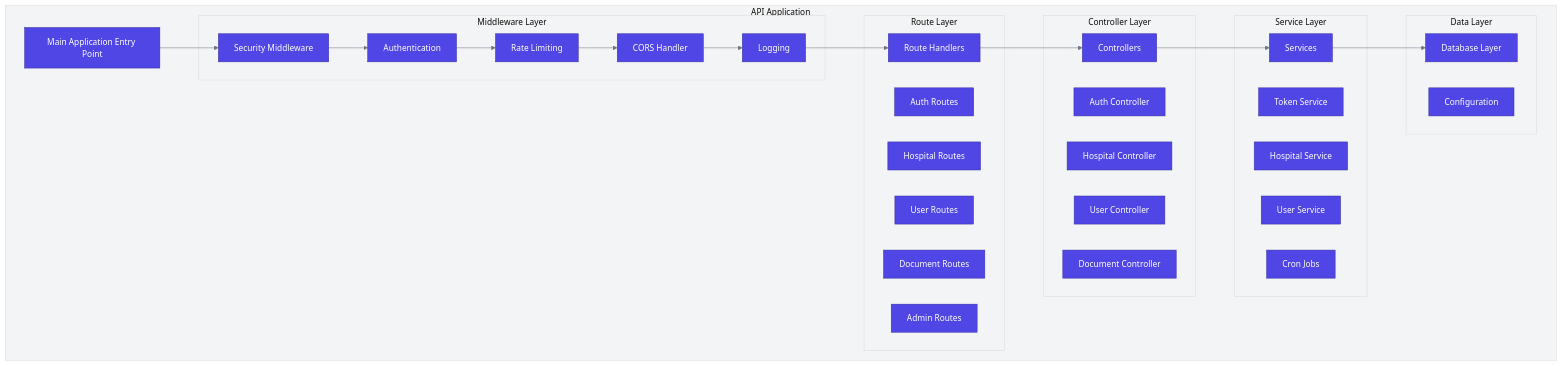
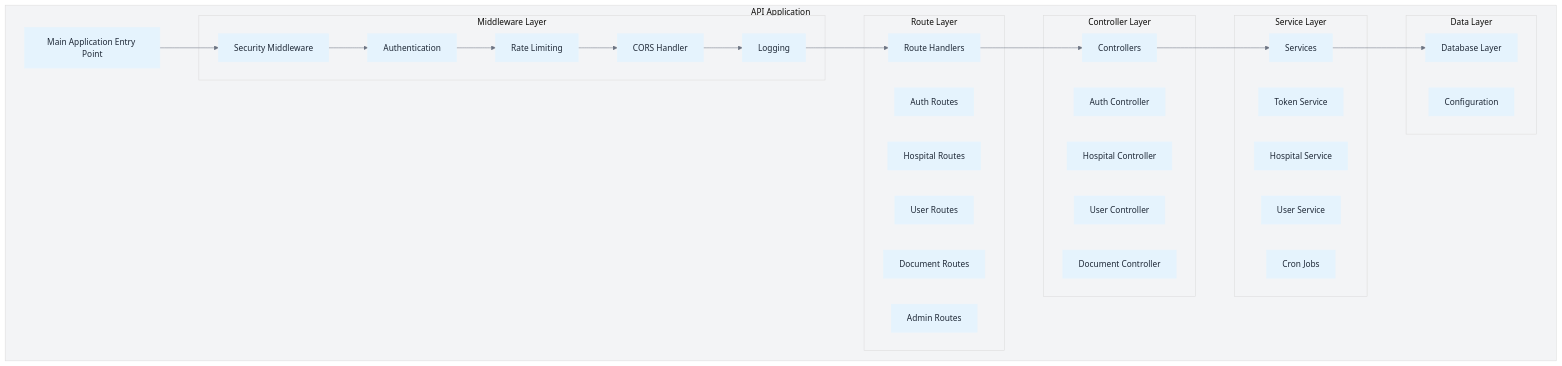
The second of 9 diagrams in readme.md (rohit-879/test), drawn with Mermaid before and after one commit. The commit also changed other lines of this file, not shown here.

````diff
--- a/readme.md
+++ b/readme.md
@@ -76,55 +76,55 @@
 ```mermaid
-%%{init: {'theme':'base', 'themeVariables': {'primaryColor': '#4f46e5', 'primaryTextColor': '#ffffff', 'primaryBorderColor': '#3730a3', 'lineColor': '#6b7280', 'secondaryColor': '#e5e7eb', 'tertiaryColor': '#f3f4f6'}}}%%
+%%{init: {'theme':'base', 'themeVariables': {'primaryColor': '#E5F3FD', 'primaryTextColor': '#1f2937', 'primaryBorderColor': '#E5F3FD', 'lineColor': '#6b7280', 'secondaryColor': '#e5e7eb', 'tertiaryColor': '#f3f4f6'}}}%%
 graph TB
     subgraph "API Application"
         APP[Main Application Entry Point]
         
         subgraph "Middleware Layer"
             SEC[Security Middleware]
             AUTH[Authentication]
             RATE[Rate Limiting]
             CORS[CORS Handler]
             LOG[Logging]
         end
         
         subgraph "Route Layer"
             ROUTES[Route Handlers]
             AUTH_R[Auth Routes]
             HOSP_R[Hospital Routes]
             USER_R[User Routes]
             DOC_R[Document Routes]
             ADMIN_R[Admin Routes]
         end
         
         subgraph "Controller Layer"
             CTRL[Controllers]
             AUTH_C[Auth Controller]
             HOSP_C[Hospital Controller]
             USER_C[User Controller]
             DOC_C[Document Controller]
         end
         
         subgraph "Service Layer"
             SERV[Services]
             TOKEN_S[Token Service]
             HOSP_S[Hospital Service]
             USER_S[User Service]
             CRON_S[Cron Jobs]
         end
         
         subgraph "Data Layer"
             DB[Database Layer]
             CONFIG[Configuration]
         end
     end
     
     APP --> SEC
     SEC --> AUTH
     AUTH --> RATE
     RATE --> CORS
     CORS --> LOG
     LOG --> ROUTES
     ROUTES --> CTRL
     CTRL --> SERV
     SERV --> DB
 ```
````
